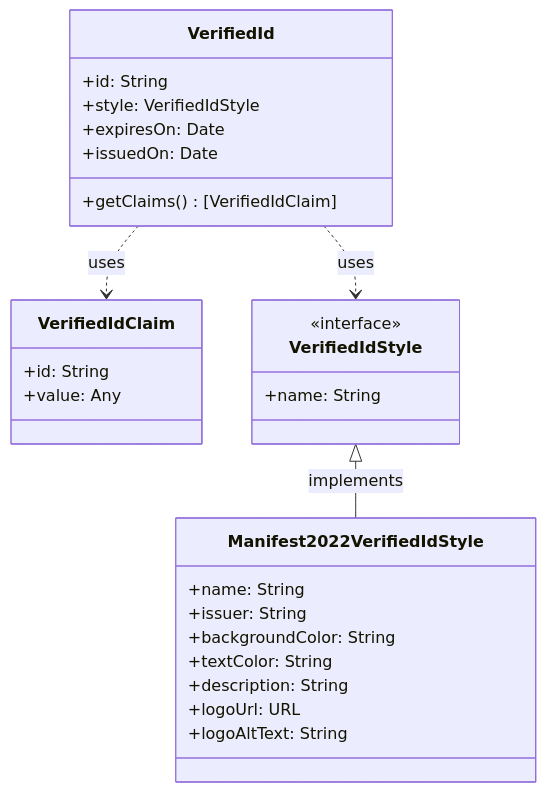
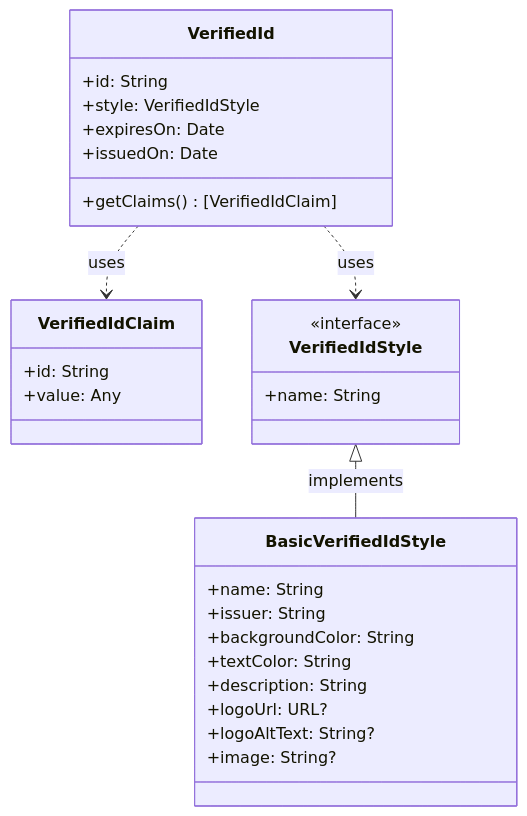
One commit to microsoft/entra-verifiedid-wallet-library-ios changed the third of 3 diagrams in Docs/LibraryArchitecture.md. Above: the diagram before and after it, drawn with Mermaid. The commit also changed other lines of this file, not shown here.

````diff
--- a/Docs/LibraryArchitecture.md
+++ b/Docs/LibraryArchitecture.md
@@ -154,33 +154,34 @@
 ```mermaid
 classDiagram
 VerifiedId ..> VerifiedIdClaim: uses
 VerifiedId ..> VerifiedIdStyle: uses
-VerifiedIdStyle <|-- Manifest2022VerifiedIdStyle: implements
+VerifiedIdStyle <|-- BasicVerifiedIdStyle: implements
 class VerifiedId {
     +id: String
     +style: VerifiedIdStyle
     +expiresOn: Date
     +issuedOn: Date
     +getClaims() [VerifiedIdClaim]
 }
 
 <<interface>> VerifiedIdStyle
 class VerifiedIdStyle {
     +name: String
 }
 
-class Manifest2022VerifiedIdStyle {
+class BasicVerifiedIdStyle {
     +name: String
     +issuer: String
     +backgroundColor: String
     +textColor: String
     +description: String
-    +logoUrl: URL
-    +logoAltText: String
+    +logoUrl: URL?
+    +logoAltText: String?
+    +image: String?
 }
 
 class VerifiedIdClaim {
     +id: String
     +value: Any
 }
 ```
````
